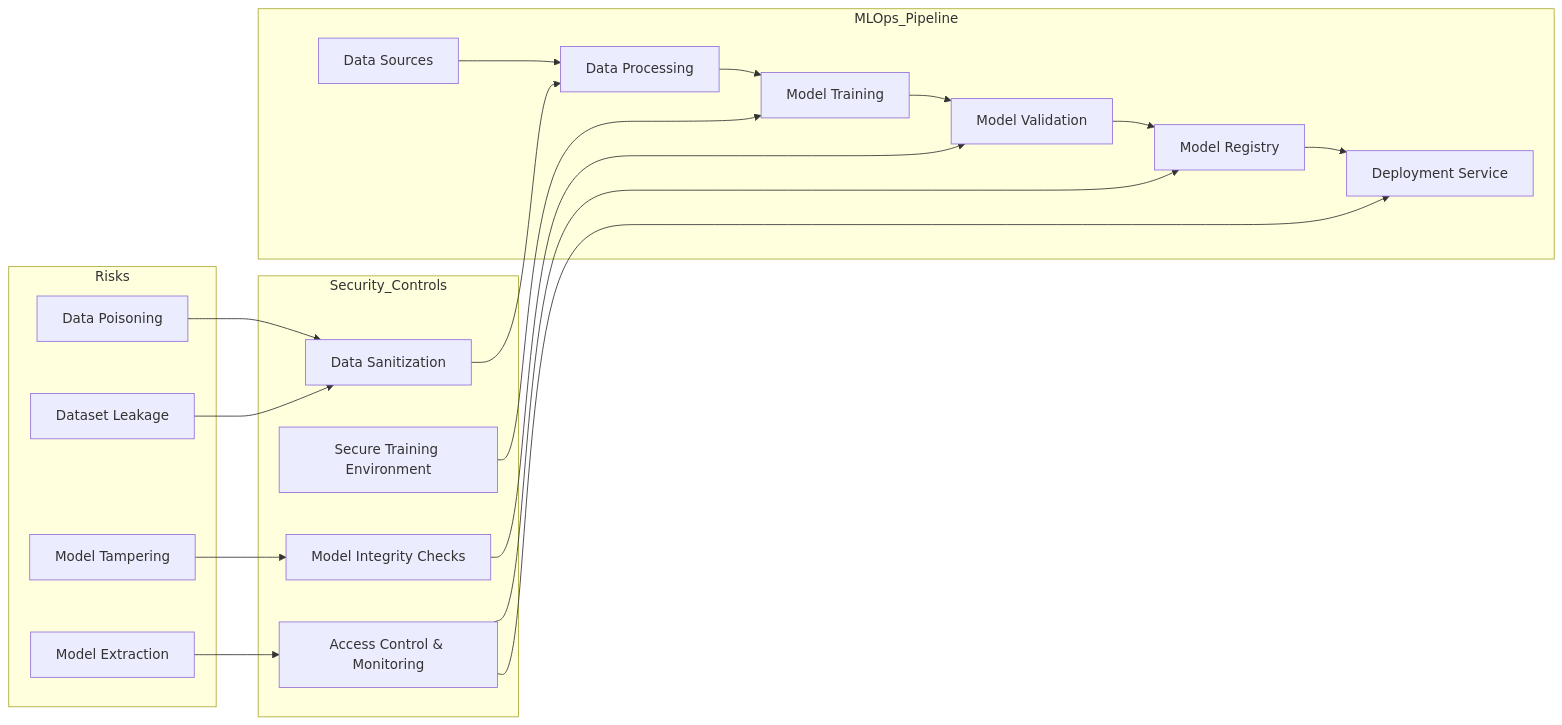
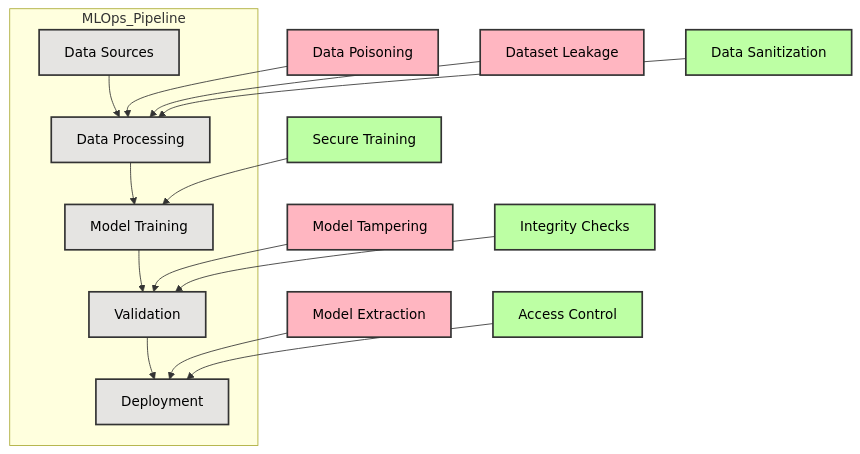
The diagram in mlops-security.md (AnanyaKasiraj2529/AI-security), drawn with Mermaid before and after one commit.

````diff
--- a/mlops-security.md
+++ b/mlops-security.md
@@ -5,50 +5,49 @@
 ```mermaid
-flowchart LR
+flowchart TD
 
-%% =====================
-%% MLOps Pipeline
-%% =====================
+%% ===== PIPELINE (Light Grey) =====
 subgraph MLOps_Pipeline
 D[Data Sources]
 DP[Data Processing]
 T[Model Training]
-VAL[Model Validation]
-REG[Model Registry]
-DEP[Deployment Service]
+VAL[Validation]
+DEP[Deployment]
 end
 
-D --> DP --> T --> VAL --> REG --> DEP
+D --> DP --> T --> VAL --> DEP
 
-%% =====================
-%% Risks
-%% =====================
-subgraph Risks
+%% ===== RISKS (Light Pink) =====
 R1[Data Poisoning]
 R2[Dataset Leakage]
 R3[Model Tampering]
 R4[Model Extraction]
-end
 
-%% =====================
-%% Controls
-%% =====================
-subgraph Security_Controls
+%% ===== CONTROLS (Light Green) =====
 C1[Data Sanitization]
-C2[Secure Training Environment]
-C3[Model Integrity Checks]
-C4[Access Control & Monitoring]
-end
+C2[Secure Training]
+C3[Integrity Checks]
+C4[Access Control]
 
-%% Risk Mapping
-R1 --> C1
-R2 --> C1
-R3 --> C3
-R4 --> C4
+%% Connections
+R1 --> DP
+R2 --> DP
+R3 --> VAL
+R4 --> DEP
 
-%% Control Placement
 C1 --> DP
 C2 --> T
 C3 --> VAL
-C4 --> REG
 C4 --> DEP
+
+%% ===== ACCESSIBLE COLORS =====
+%% Using light fills with dark strokes for high contrast in Dark Mode
+classDef pipeline fill:#E5E4E2,color:#000,stroke:#333,stroke-width:2px;
+classDef risk fill:#FFB6C1,color:#000,stroke:#333,stroke-width:2px;
+classDef control fill:#BDFFA4,color:#000,stroke:#333,stroke-width:2px;
+classDef highlight fill:#FFFFC5,color:#000,stroke:#333,stroke-width:2px;
+
+class D,DP,T,VAL,DEP pipeline;
+class R1,R2,R3,R4 risk;
+class C1,C2,C3,C4 control;
+
 ```
````
